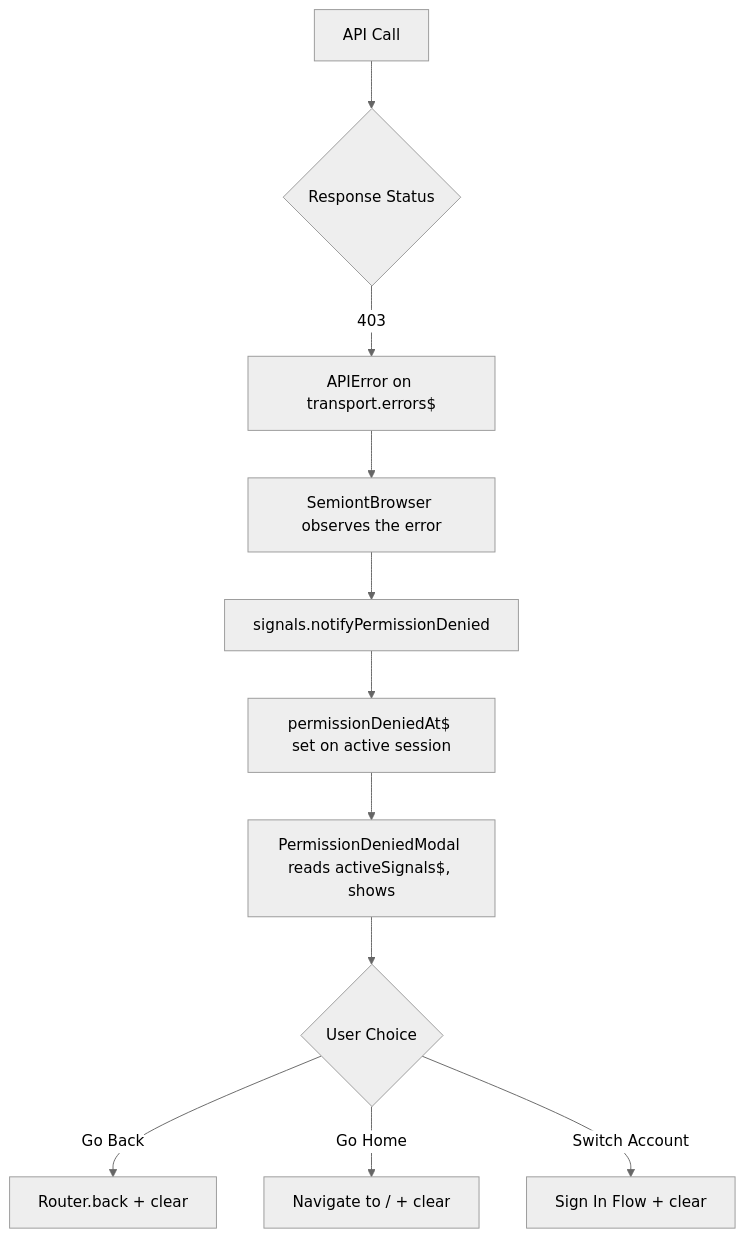
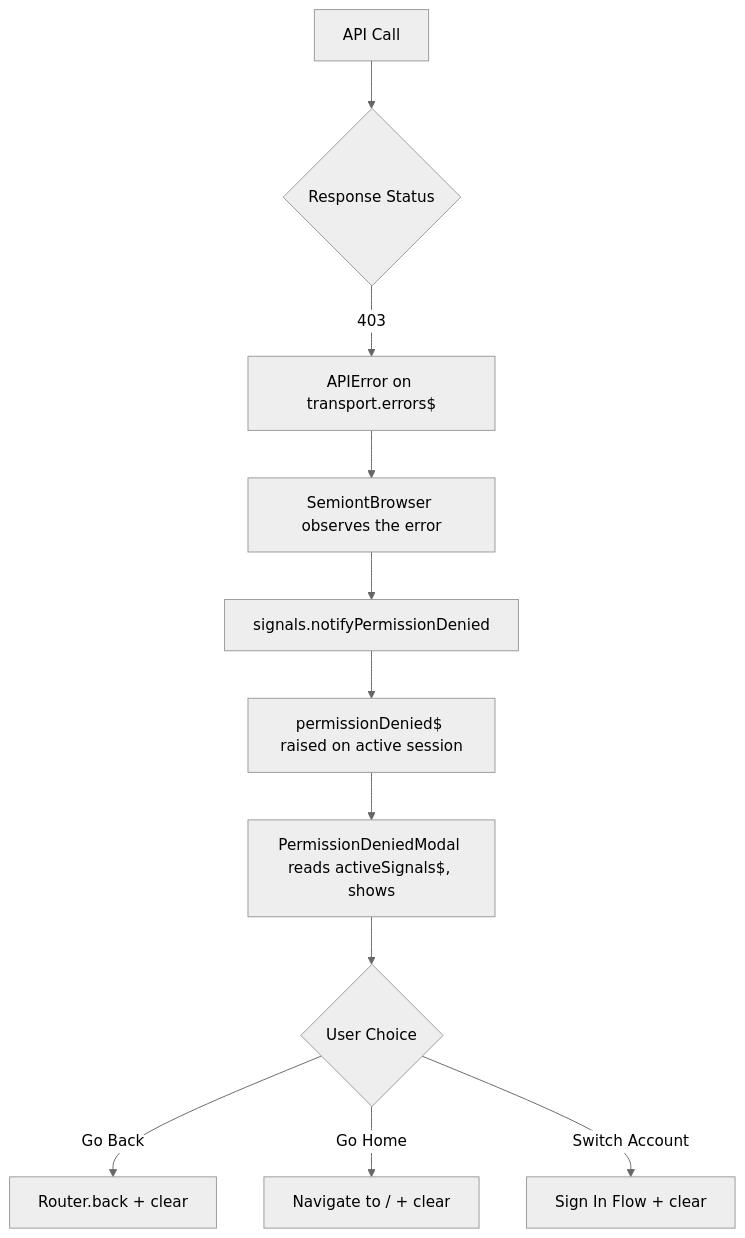
The diagram in apps/browser/docs/AUTHORIZATION.md (The-AI-Alliance/semiont), drawn with Mermaid (neutral theme) before and after one commit. The commit also changed other lines of this file and 338 other files, not shown here.

````diff
--- a/apps/browser/docs/AUTHORIZATION.md
+++ b/apps/browser/docs/AUTHORIZATION.md
@@ -67,13 +67,13 @@
 ```mermaid
 flowchart TD
     A[API Call] --> B{Response Status}
     B -->|403| C[APIError on transport.errors$]
     C --> D[SemiontBrowser observes the error]
     D --> E[signals.notifyPermissionDenied]
-    E --> F[permissionDeniedAt$ set on active session]
+    E --> F[permissionDenied$ raised on active session]
     F --> G[PermissionDeniedModal reads activeSignals$, shows]
     G --> H{User Choice}
     H -->|Go Back| I[Router.back + clear]
     H -->|Go Home| J[Navigate to / + clear]
     H -->|Switch Account| K[Sign In Flow + clear]
 ```
````
